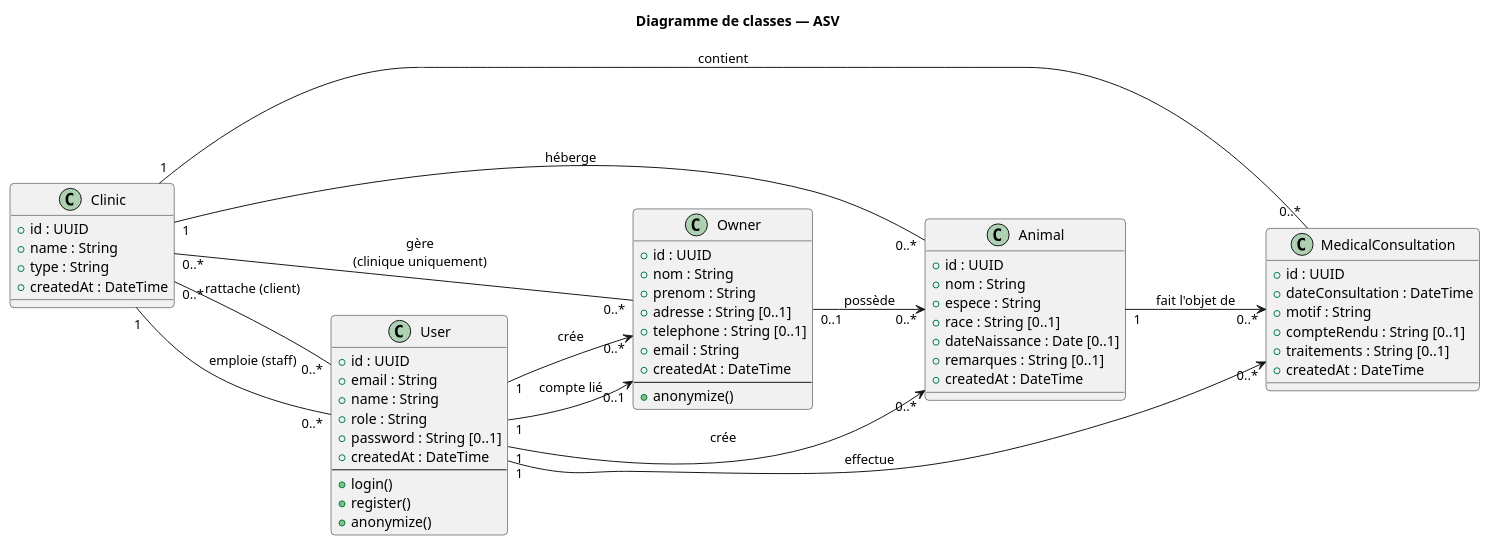
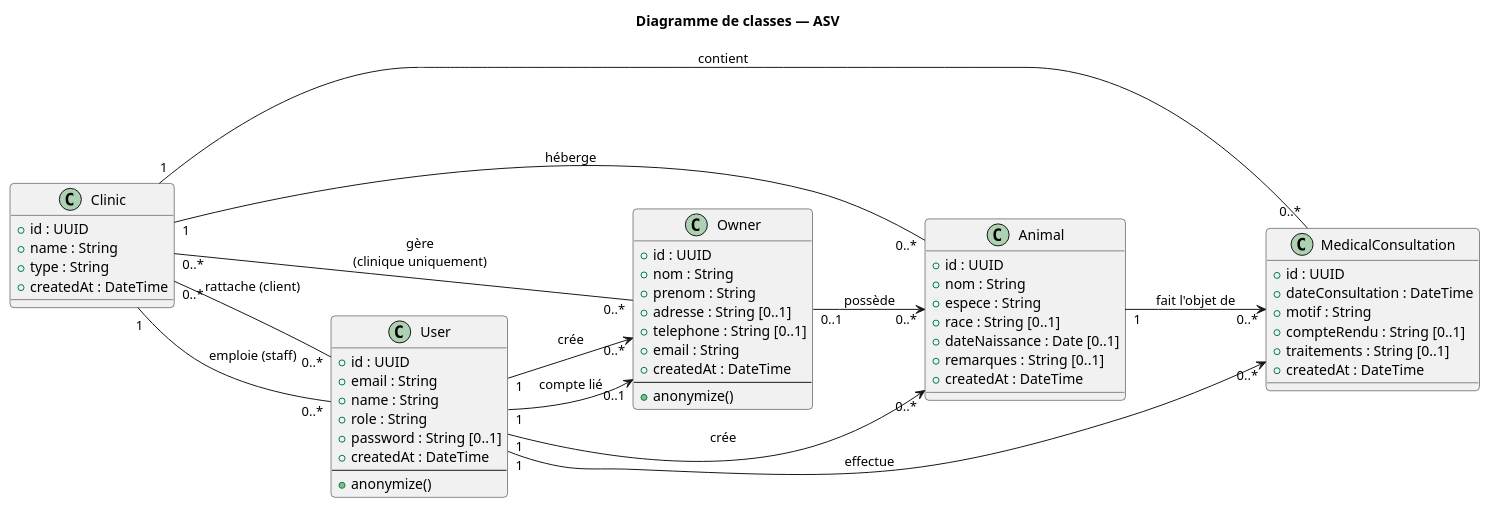
Before and after one commit to M-BEDH/ASV-infra: the second of 4 diagrams in docs/diagrammes_UML_ASV.puml, drawn with PlantUML. The commit also changed other lines of this file, not shown here.

Commit message:
edit diagrammes UML

```diff
--- a/docs/diagrammes_UML_ASV.puml
+++ b/docs/diagrammes_UML_ASV.puml
@@ -134,75 +134,73 @@
 @startuml diagramme_classes
 
 title Diagramme de classes — ASV
 
   skinparam shadowing false                                                                                                                                                                          
   skinparam roundcorner 8
 
   left to right direction
 
   class Clinic {
       +id : UUID
       +name : String
       +type : String
       +createdAt : DateTime                                                                                                                                                                          
   }
                                                                                                                                                                                                      
   class User {    
       +id : UUID
       +email : String
       +name : String
       +role : String
       +password : String [0..1]
       +createdAt : DateTime
       --
-      +login()
-      +register()                                                                                                                                                                                    
       +anonymize()
   }                                                                                                                                                                                                  
                   
   class Owner {
       +id : UUID
       +nom : String
       +prenom : String
       +adresse : String [0..1]
       +telephone : String [0..1]
       +email : String
       +createdAt : DateTime                                                                                                                                                                          
       --
       +anonymize()                                                                                                                                                                                   
   }               
 
   class Animal {
       +id : UUID
       +nom : String
       +espece : String
       +race : String [0..1]
       +dateNaissance : Date [0..1]
       +remarques : String [0..1]                                                                                                                                                                     
       +createdAt : DateTime
   }                                                                                                                                                                                                  
                   
   class MedicalConsultation {
       +id : UUID
       +dateConsultation : DateTime
       +motif : String
       +compteRendu : String [0..1]
       +traitements : String [0..1]                                                                                                                                                                   
       +createdAt : DateTime
   }                                                                                                                                                                                                  
                   
   Clinic "1" -- "0..*" User : emploie (staff)
   Clinic "0..*" -- "0..*" User : rattache (client)
   Clinic "0..*" -- "0..*" Owner : gère\n(clinique uniquement)                                                                                                                                                               
   Clinic "1" -- "0..*" Animal : héberge
   Clinic "1" -- "0..*" MedicalConsultation : contient                                                                                                                                                
                                                                                                                                                                                                      
   User "1" --> "0..*" Owner : crée
   User "1" --> "0..1" Owner : compte lié                                                                                                                                                             
   User "1" --> "0..*" Animal : crée
   User "1" --> "0..*" MedicalConsultation : effectue
                                                                                                                                                                                                      
   Owner "0..1" --> "0..*" Animal : possède
   Animal "1" --> "0..*" MedicalConsultation : fait l'objet de                                                                                                                                        
                   
   @enduml
```
